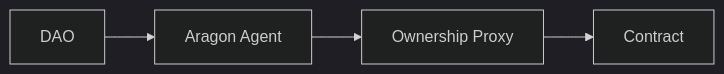
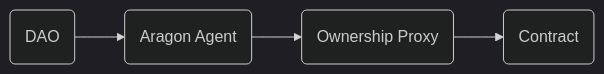
One commit to CurveDocs/curve-docs changed the diagram in docs/curve_dao/ownership-proxy/overview.md. Above: the diagram before and after it, drawn with Mermaid (dark theme). The commit also changed other lines of this file, not shown here.

````diff
--- a/docs/curve_dao/ownership-proxy/overview.md
+++ b/docs/curve_dao/ownership-proxy/overview.md
@@ -10,6 +10,6 @@
 ``` mermaid
 graph LR
-  A[DAO] --> B[Aragon Agent];
-  B --> C[Ownership Proxy];
-  C --> D[Contract];
+  A(DAO) --> B(Aragon Agent);
+  B --> C(Ownership Proxy);
+  C --> D(Contract);
 ```
````
